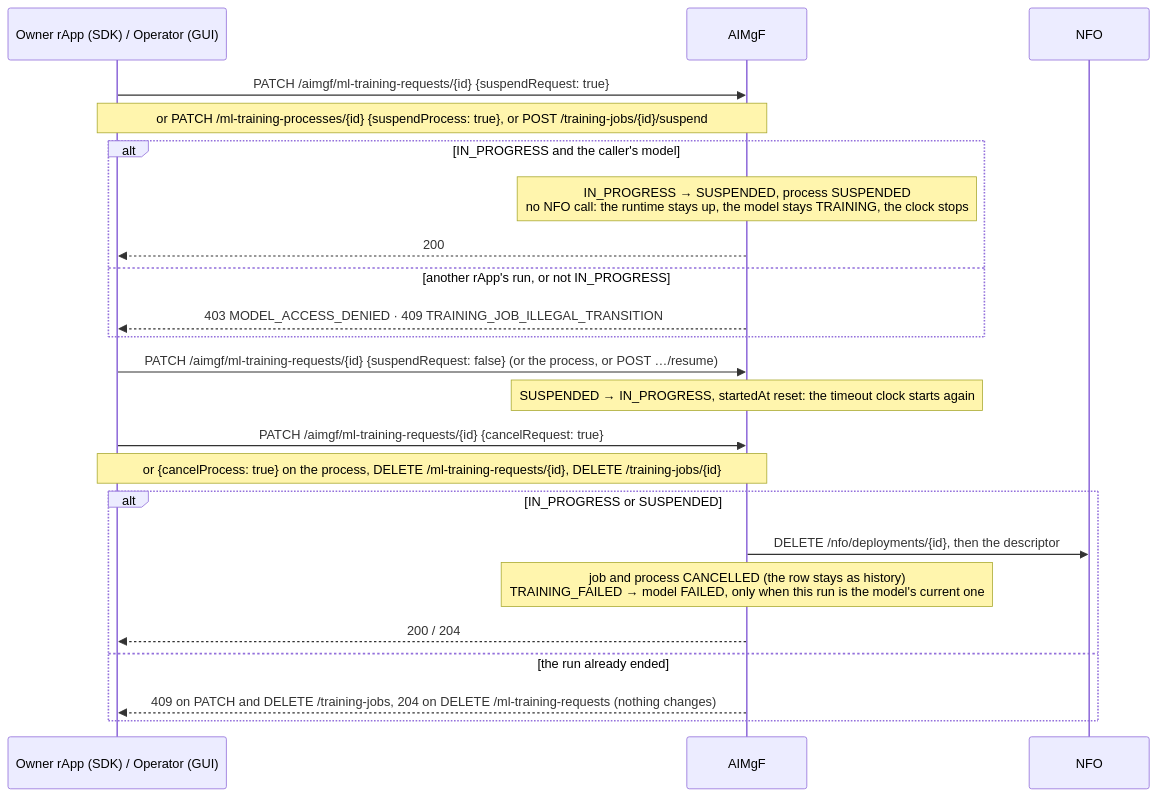
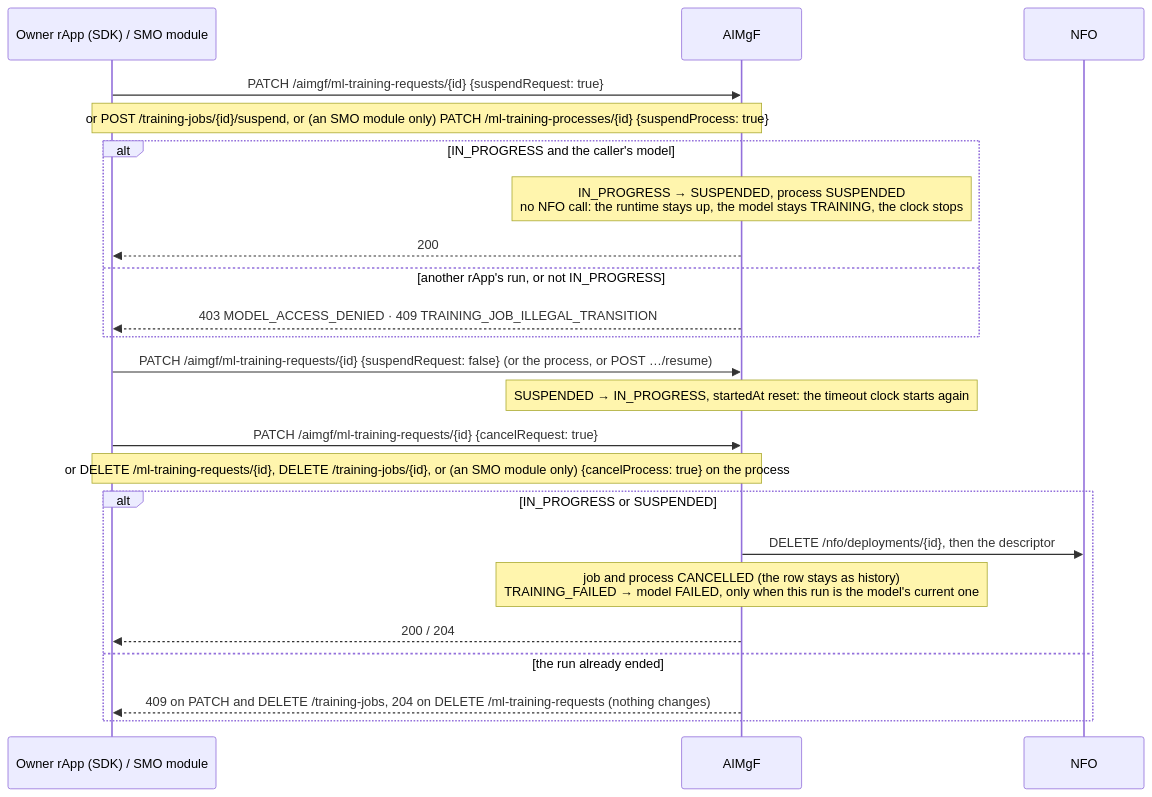
One commit to rsys-bshankar/ai-ran-smo changed the second of 5 diagrams in smo/docs/call-flows/27-ts28105-provisioning-resources.md. Above: the diagram before and after it, drawn with Mermaid. The commit also changed other lines of this file and 19 other files, not shown here.

````diff
--- a/smo/docs/call-flows/27-ts28105-provisioning-resources.md
+++ b/smo/docs/call-flows/27-ts28105-provisioning-resources.md
@@ -77,28 +81,28 @@
 ```mermaid
 sequenceDiagram
-    participant R as Owner rApp (SDK) / Operator (GUI)
+    participant R as Owner rApp (SDK) / SMO module
     participant AIM as AIMgF
     participant NFO as NFO
 
     R->>AIM: PATCH /aimgf/ml-training-requests/{id} {suspendRequest: true}
-    Note over R,AIM: or PATCH /ml-training-processes/{id} {suspendProcess: true}, or POST /training-jobs/{id}/suspend
+    Note over R,AIM: or POST /training-jobs/{id}/suspend, or (an SMO module only) PATCH /ml-training-processes/{id} {suspendProcess: true}
     alt IN_PROGRESS and the caller's model
         Note over AIM: IN_PROGRESS → SUSPENDED, process SUSPENDED<br/>no NFO call: the runtime stays up, the model stays TRAINING, the clock stops
         AIM-->>R: 200
     else another rApp's run, or not IN_PROGRESS
         AIM-->>R: 403 MODEL_ACCESS_DENIED · 409 TRAINING_JOB_ILLEGAL_TRANSITION
     end
 
     R->>AIM: PATCH /aimgf/ml-training-requests/{id} {suspendRequest: false} (or the process, or POST …/resume)
     Note over AIM: SUSPENDED → IN_PROGRESS, startedAt reset: the timeout clock starts again
 
     R->>AIM: PATCH /aimgf/ml-training-requests/{id} {cancelRequest: true}
-    Note over R,AIM: or {cancelProcess: true} on the process, DELETE /ml-training-requests/{id}, DELETE /training-jobs/{id}
+    Note over R,AIM: or DELETE /ml-training-requests/{id}, DELETE /training-jobs/{id}, or (an SMO module only) {cancelProcess: true} on the process
     alt IN_PROGRESS or SUSPENDED
         AIM->>NFO: DELETE /nfo/deployments/{id}, then the descriptor
         Note over AIM: job and process CANCELLED (the row stays as history)<br/>TRAINING_FAILED → model FAILED, only when this run is the model's current one
         AIM-->>R: 200 / 204
     else the run already ended
         AIM-->>R: 409 on PATCH and DELETE /training-jobs, 204 on DELETE /ml-training-requests (nothing changes)
     end
 ```
````
